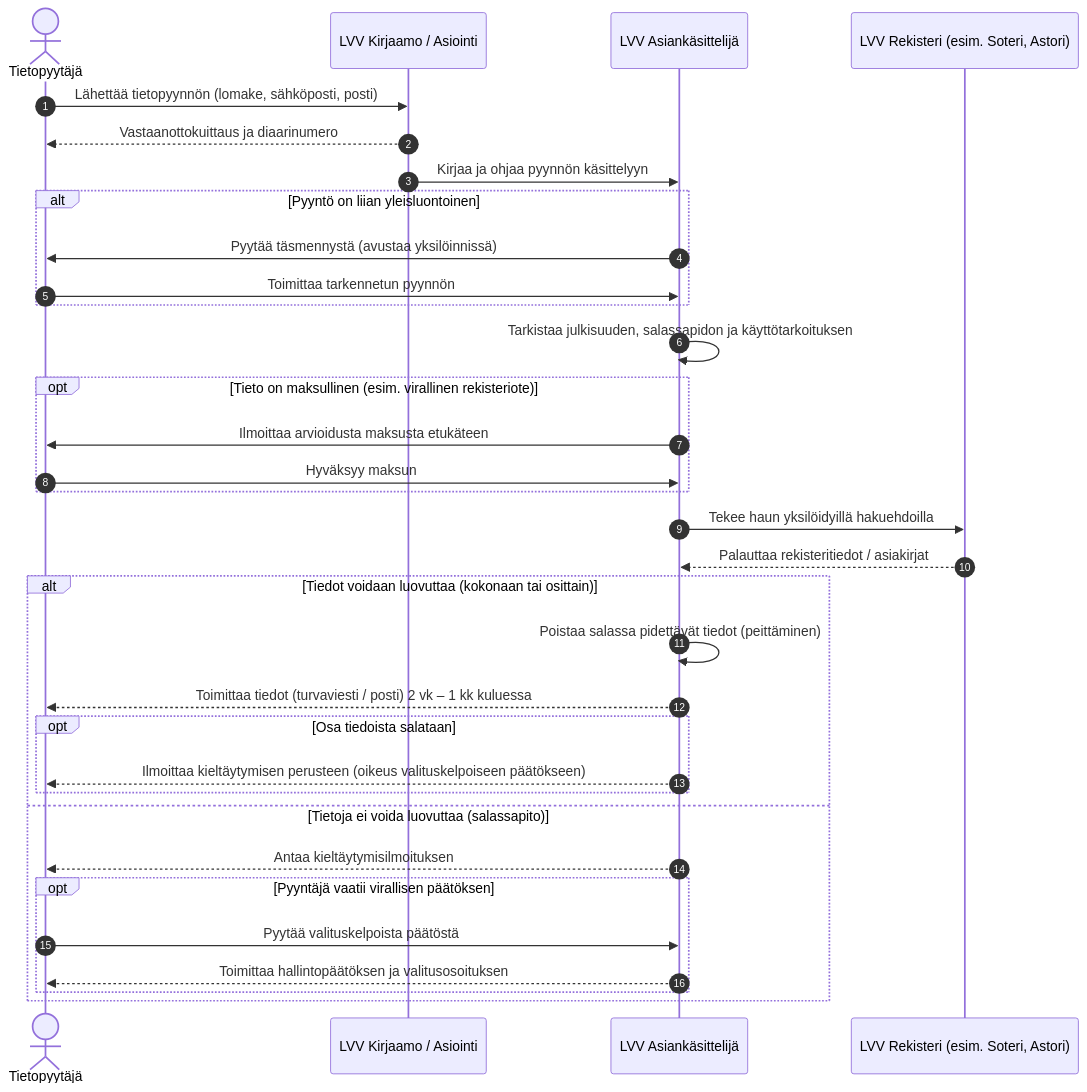
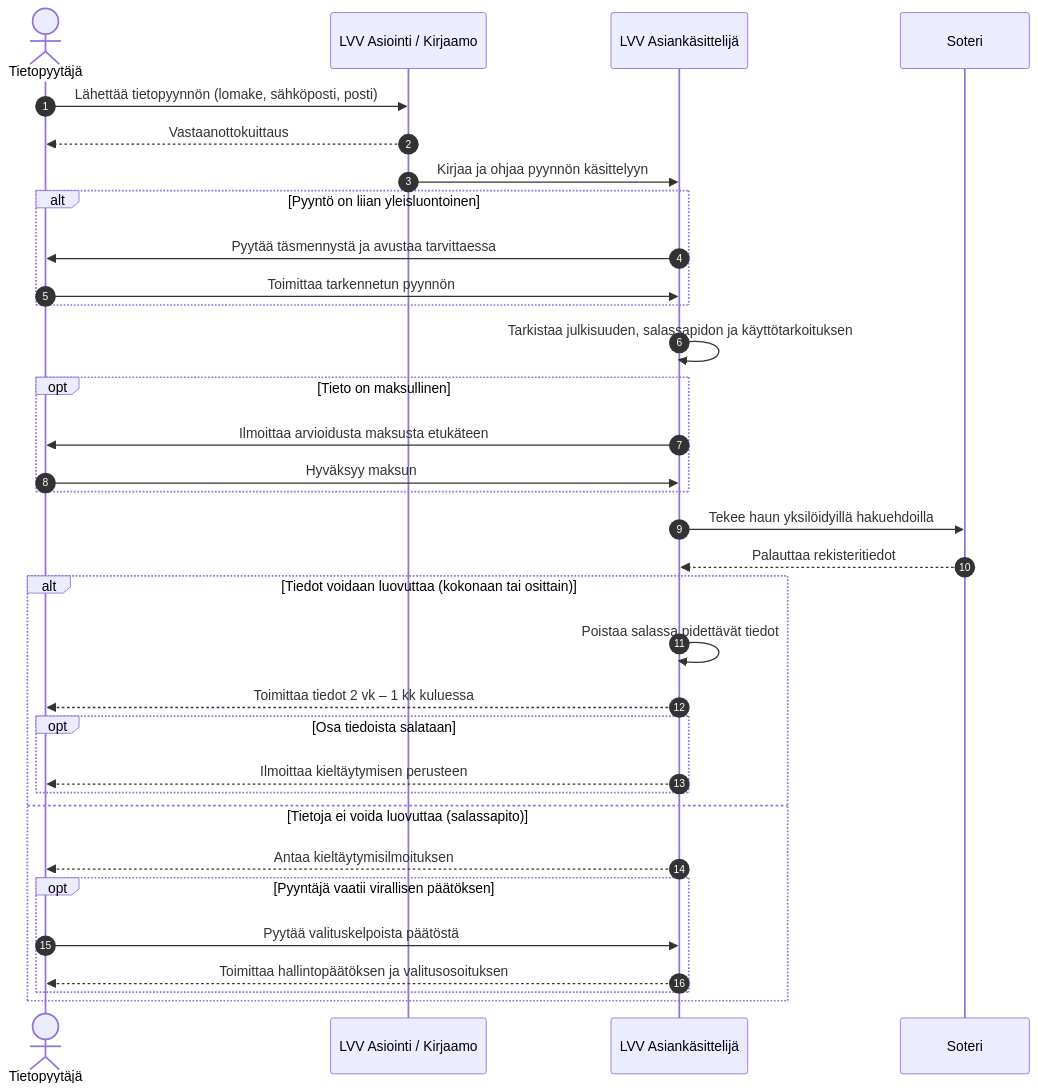
Before and after one commit to tnauar/LVV: the first of 2 diagrams in LVV_sekvenssit.md, drawn with Mermaid. The commit also changed other lines of this file, not shown here.

Commit message:
Improved version
Improved version.

````diff
--- a/LVV_sekvenssit.md
+++ b/LVV_sekvenssit.md
@@ -15,41 +15,41 @@
 ```mermaid
 sequenceDiagram
     autonumber
-    actor Pyyntaja as Tietopyytäjä
-    participant Kirjaamo as LVV Kirjaamo / Asiointi
+    actor Pyytaja as Tietopyytäjä
+    participant Asiointi as LVV Asiointi / Kirjaamo
     participant Kasittelija as LVV Asiankäsittelijä
-    participant Rekisteri as LVV Rekisteri (esim. Soteri, Astori)
+    participant Rekisteri as Soteri
 
-    Pyyntaja->>Kirjaamo: Lähettää tietopyynnön (lomake, sähköposti, posti)
-    Kirjaamo-->>Pyyntaja: Vastaanottokuittaus ja diaarinumero
-    Kirjaamo->>Kasittelija: Kirjaa ja ohjaa pyynnön käsittelyyn
+    Pyytaja->>Asiointi: Lähettää tietopyynnön (lomake, sähköposti, posti)
+    Asiointi-->>Pyytaja: Vastaanottokuittaus
+    Asiointi->>Kasittelija: Kirjaa ja ohjaa pyynnön käsittelyyn
 
     alt Pyyntö on liian yleisluontoinen
-        Kasittelija->>Pyyntaja: Pyytää täsmennystä (avustaa yksilöinnissä)
-        Pyyntaja->>Kasittelija: Toimittaa tarkennetun pyynnön
+        Kasittelija->>Pyytaja: Pyytää täsmennystä ja avustaa tarvittaessa
+        Pyytaja->>Kasittelija: Toimittaa tarkennetun pyynnön
     end
 
     Kasittelija->>Kasittelija: Tarkistaa julkisuuden, salassapidon ja käyttötarkoituksen
     
-    opt Tieto on maksullinen (esim. virallinen rekisteriote)
-        Kasittelija->>Pyyntaja: Ilmoittaa arvioidusta maksusta etukäteen
-        Pyyntaja->>Kasittelija: Hyväksyy maksun
+    opt Tieto on maksullinen
+        Kasittelija->>Pyytaja: Ilmoittaa arvioidusta maksusta etukäteen
+        Pyytaja->>Kasittelija: Hyväksyy maksun
     end
 
     Kasittelija->>Rekisteri: Tekee haun yksilöidyillä hakuehdoilla
-    Rekisteri-->>Kasittelija: Palauttaa rekisteritiedot / asiakirjat
+    Rekisteri-->>Kasittelija: Palauttaa rekisteritiedot
 
     alt Tiedot voidaan luovuttaa (kokonaan tai osittain)
-        Kasittelija->>Kasittelija: Poistaa salassa pidettävät tiedot (peittäminen)
-        Kasittelija-->>Pyyntaja: Toimittaa tiedot (turvaviesti / posti) 2 vk – 1 kk kuluessa
+        Kasittelija->>Kasittelija: Poistaa salassa pidettävät tiedot
+        Kasittelija-->>Pyytaja: Toimittaa tiedot 2 vk – 1 kk kuluessa
         opt Osa tiedoista salataan
-            Kasittelija-->>Pyyntaja: Ilmoittaa kieltäytymisen perusteen (oikeus valituskelpoiseen päätökseen)
+            Kasittelija-->>Pyytaja: Ilmoittaa kieltäytymisen perusteen
         end
     else Tietoja ei voida luovuttaa (salassapito)
-        Kasittelija-->>Pyyntaja: Antaa kieltäytymisilmoituksen
+        Kasittelija-->>Pyytaja: Antaa kieltäytymisilmoituksen
         opt Pyyntäjä vaatii virallisen päätöksen
-            Pyyntaja->>Kasittelija: Pyytää valituskelpoista päätöstä
-            Kasittelija-->>Pyyntaja: Toimittaa hallintopäätöksen ja valitusosoituksen
+            Pyytaja->>Kasittelija: Pyytää valituskelpoista päätöstä
+            Kasittelija-->>Pyytaja: Toimittaa hallintopäätöksen ja valitusosoituksen
         end
     end
 ```
````
